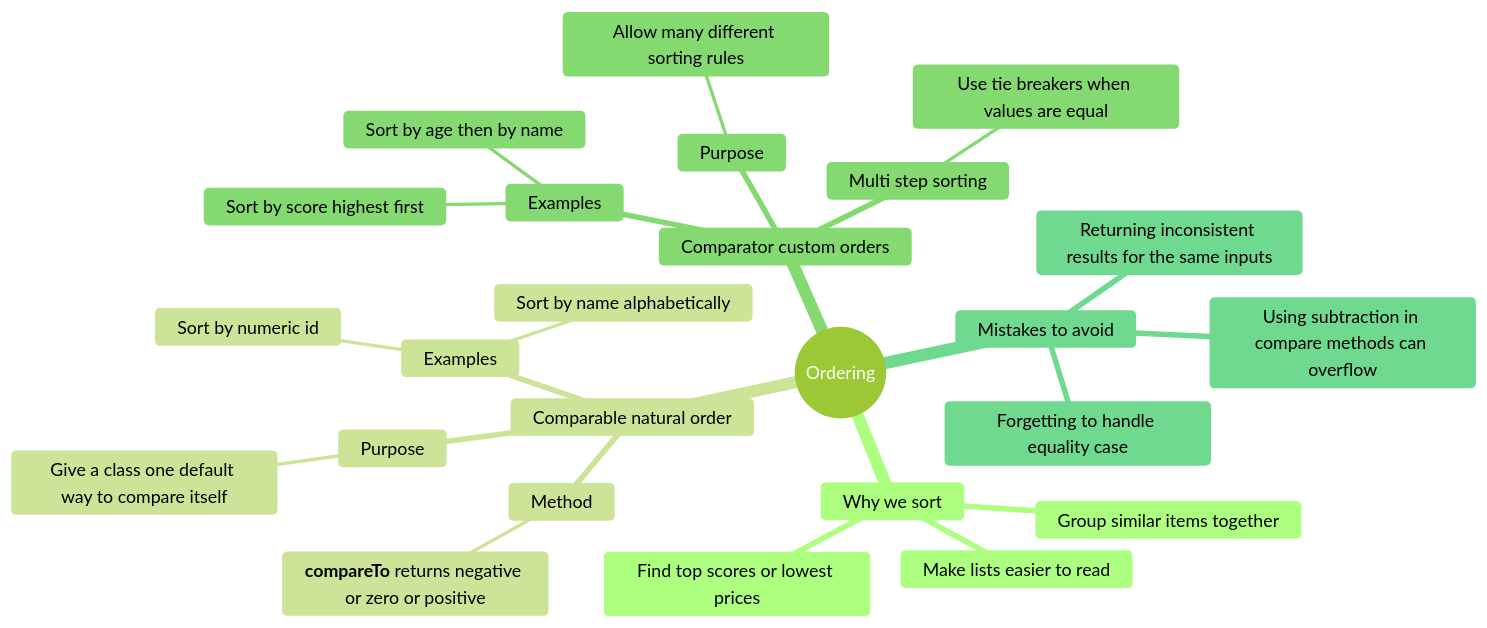
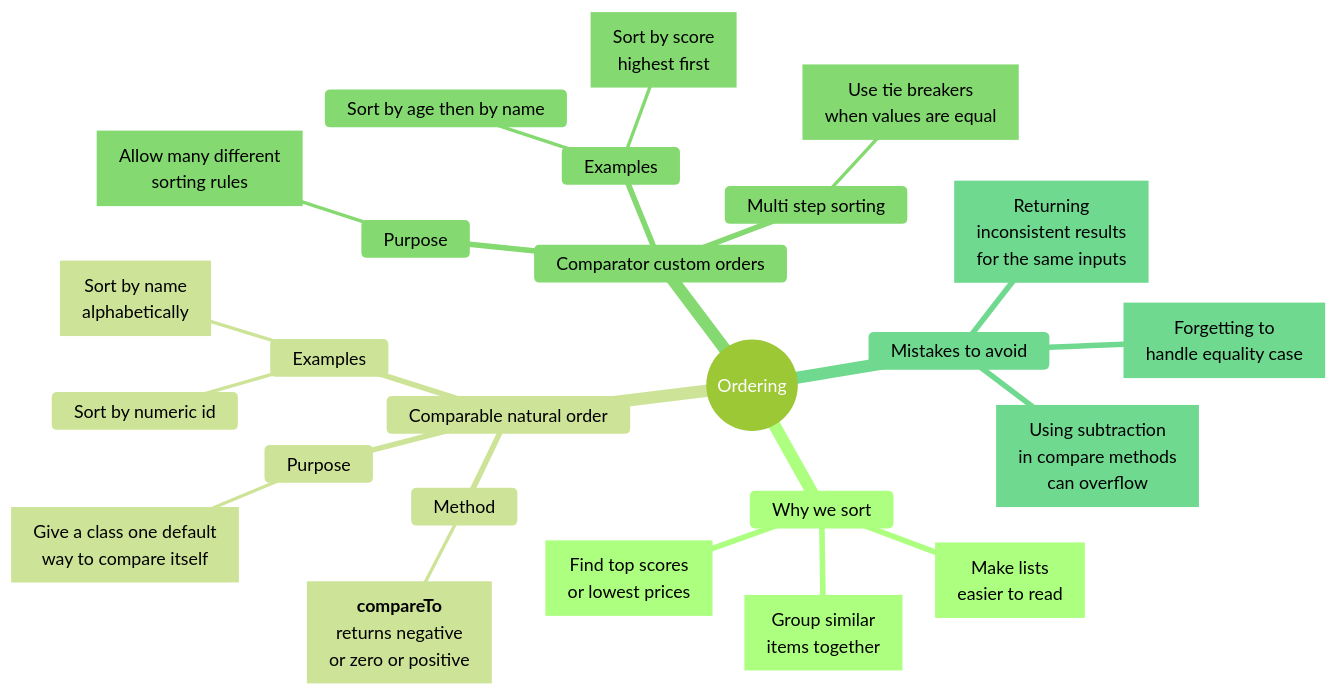
The fourth of 10 diagrams in notes/shared/mind maps/revision_t00_t09.md (nmcguinness/L8-OOP-Module-Content), drawn with Mermaid before and after one commit. The commit also changed other lines of this file and 421 other files, not shown here.

Commit message:
Updated mermaid diagrams and note layout for topics 9-24.

````diff
--- a/notes/shared/mind maps/revision_t00_t09.md
+++ b/notes/shared/mind maps/revision_t00_t09.md
@@ -453,36 +555,51 @@
 ```mermaid
 ---
 title: "Ordering"
 accDescr: "Mind map of Ordering. Branches: Why we sort; Comparable natural order; Comparator custom orders; Mistakes to avoid."
 ---
-%%{init: { "theme": "forest" }}%%
+%%{init: { "theme": "forest", "markdownAutoWrap": false, "mindmap": { "maxNodeWidth": 300 } }}%%
 mindmap
   root((Ordering))
     Why we sort
-      Make lists easier to read
-      Find top scores or lowest prices
-      Group similar items together
+      n1["`Make lists
+      easier to read`"]
+      n2["`Find top scores
+      or lowest prices`"]
+      n3["`Group similar
+      items together`"]
 
     Comparable natural order
       Purpose
-        Give a class one default way to compare itself
+        n4["`Give a class one default
+        way to compare itself`"]
       Method
-        **compareTo** returns negative or zero or positive
+        n5["`**compareTo**
+        returns negative
+        or zero or positive`"]
       Examples
-        Sort by name alphabetically
+        n6["`Sort by name
+        alphabetically`"]
         Sort by numeric id
 
     Comparator custom orders
       Purpose
-        Allow many different sorting rules
+        n7["`Allow many different
+        sorting rules`"]
       Examples
-        Sort by score highest first
+        n8["`Sort by score
+        highest first`"]
         Sort by age then by name
       Multi step sorting
-        Use tie breakers when values are equal
+        n9["`Use tie breakers
+        when values are equal`"]
 
     Mistakes to avoid
-      Using subtraction in compare methods can overflow
-      Returning inconsistent results for the same inputs
-      Forgetting to handle equality case
+      n10["`Using subtraction
+      in compare methods
+      can overflow`"]
+      n11["`Returning
+      inconsistent results
+      for the same inputs`"]
+      n12["`Forgetting to
+      handle equality case`"]
 ```
````
